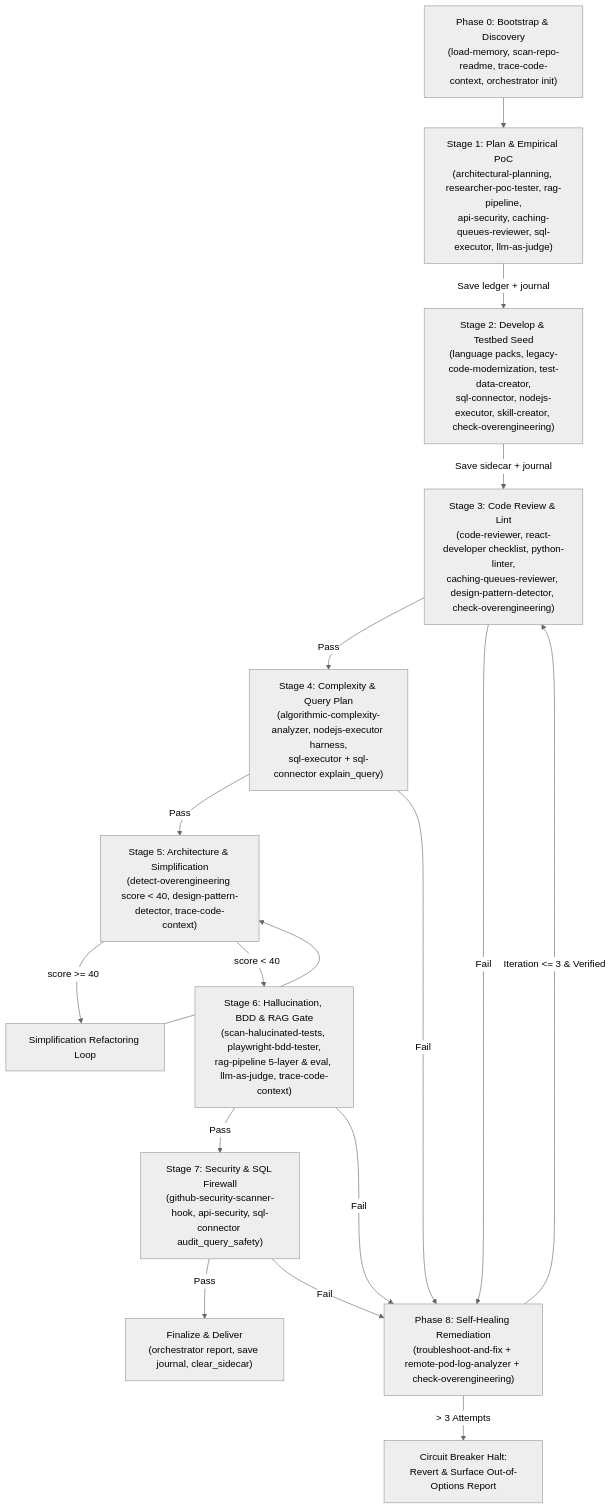
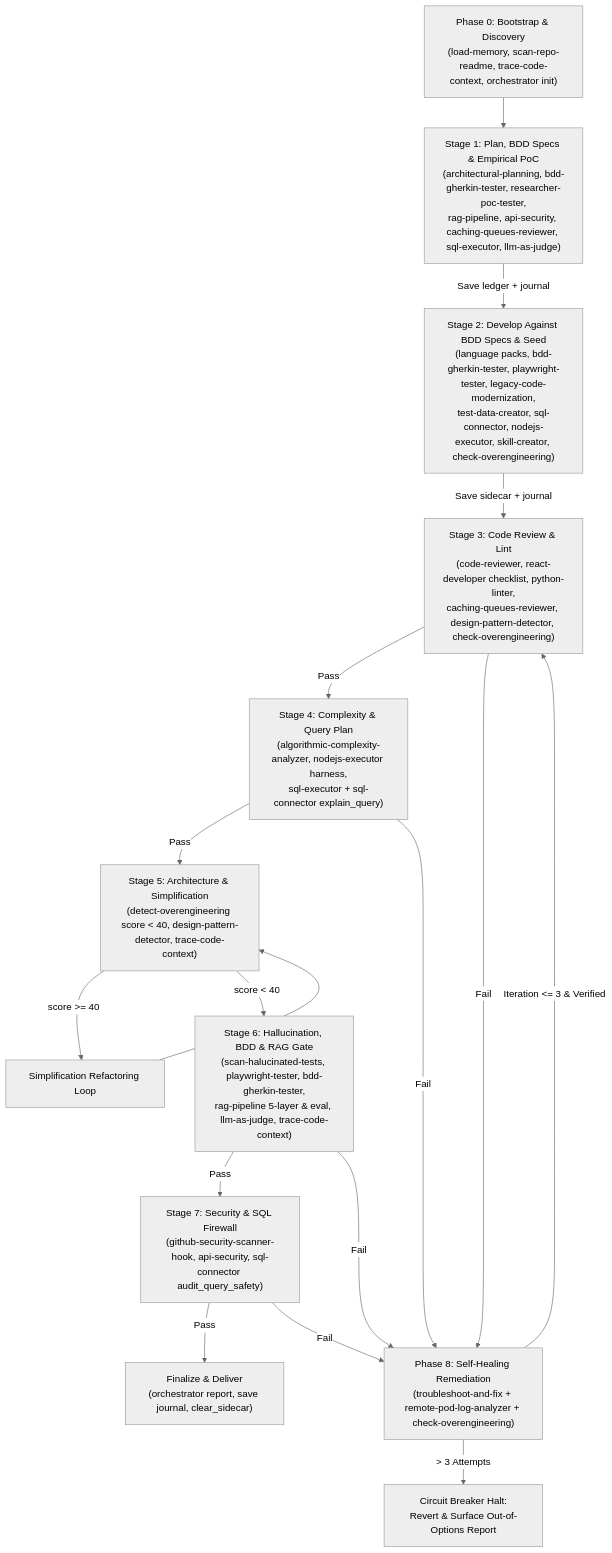
Before and after one commit to nainishshafi/developer-productivity-skills: the diagram in .github/agents/software-factory-agent.md, drawn with Mermaid (neutral theme). The commit also changed other lines of this file and 16 other files, not shown here.

Commit message:
refactor(skills): split playwright-tester from bdd-gherkin-tester and make software-factory-agent BDD-first

````diff
--- a/.github/agents/software-factory-agent.md
+++ b/.github/agents/software-factory-agent.md
@@ -42,23 +42,23 @@
 ```mermaid
 flowchart TD
     B["Phase 0: Bootstrap & Discovery<br/>(load-memory, scan-repo-readme, trace-code-context, orchestrator init)"] --> S1
-    S1["Stage 1: Plan & Empirical PoC<br/>(architectural-planning, researcher-poc-tester, rag-pipeline,<br/>api-security, caching-queues-reviewer, sql-executor, llm-as-judge)"] -->|Save ledger + journal| S2
-    S2["Stage 2: Develop & Testbed Seed<br/>(language packs, legacy-code-modernization, test-data-creator,<br/>sql-connector, nodejs-executor, skill-creator, check-overengineering)"] -->|Save sidecar + journal| S3
+    S1["Stage 1: Plan, BDD Specs & Empirical PoC<br/>(architectural-planning, bdd-gherkin-tester, researcher-poc-tester,<br/>rag-pipeline, api-security, caching-queues-reviewer, sql-executor, llm-as-judge)"] -->|Save ledger + journal| S2
+    S2["Stage 2: Develop Against BDD Specs & Seed<br/>(language packs, bdd-gherkin-tester, playwright-tester, legacy-code-modernization,<br/>test-data-creator, sql-connector, nodejs-executor, skill-creator, check-overengineering)"] -->|Save sidecar + journal| S3
     S3["Stage 3: Code Review & Lint<br/>(code-reviewer, react-developer checklist, python-linter,<br/>caching-queues-reviewer, design-pattern-detector, check-overengineering)"] -->|Pass| S4
     S4["Stage 4: Complexity & Query Plan<br/>(algorithmic-complexity-analyzer, nodejs-executor harness,<br/>sql-executor + sql-connector explain_query)"] -->|Pass| S5
     S5["Stage 5: Architecture & Simplification<br/>(detect-overengineering score < 40, design-pattern-detector, trace-code-context)"] -->|score >= 40| S5_Loop["Simplification Refactoring Loop"]
     S5_Loop --> S5
     S5 -->|score < 40| S6
-    S6["Stage 6: Hallucination, BDD & RAG Gate<br/>(scan-halucinated-tests, playwright-bdd-tester,<br/>rag-pipeline 5-layer & eval, llm-as-judge, trace-code-context)"] -->|Pass| S7
+    S6["Stage 6: Hallucination, BDD & RAG Gate<br/>(scan-halucinated-tests, playwright-tester, bdd-gherkin-tester,<br/>rag-pipeline 5-layer & eval, llm-as-judge, trace-code-context)"] -->|Pass| S7
     S7["Stage 7: Security & SQL Firewall<br/>(github-security-scanner-hook, api-security, sql-connector audit_query_safety)"] -->|Pass| F
 
     S3 -->|Fail| R
     S4 -->|Fail| R
     S6 -->|Fail| R
     S7 -->|Fail| R
 
     R["Phase 8: Self-Healing Remediation<br/>(troubleshoot-and-fix + remote-pod-log-analyzer + check-overengineering)"] -->|"Iteration <= 3 & Verified"| S3
     R -->|"> 3 Attempts"| CB["Circuit Breaker Halt:<br/>Revert & Surface Out-of-Options Report"]
 
     F["Finalize & Deliver<br/>(orchestrator report, save journal, clear_sidecar)"]
 ```
````
